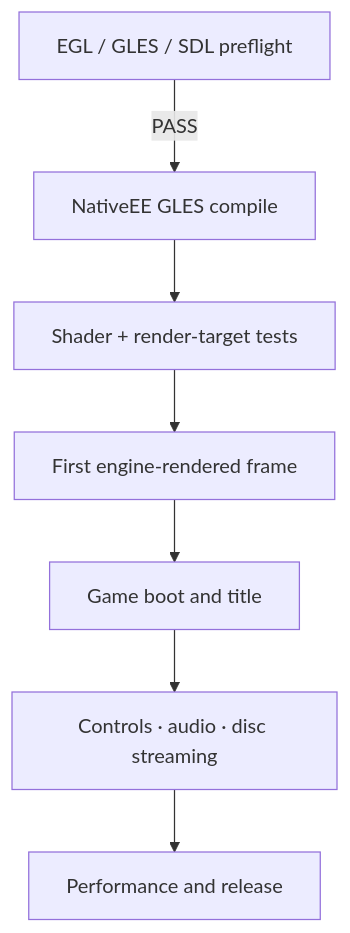
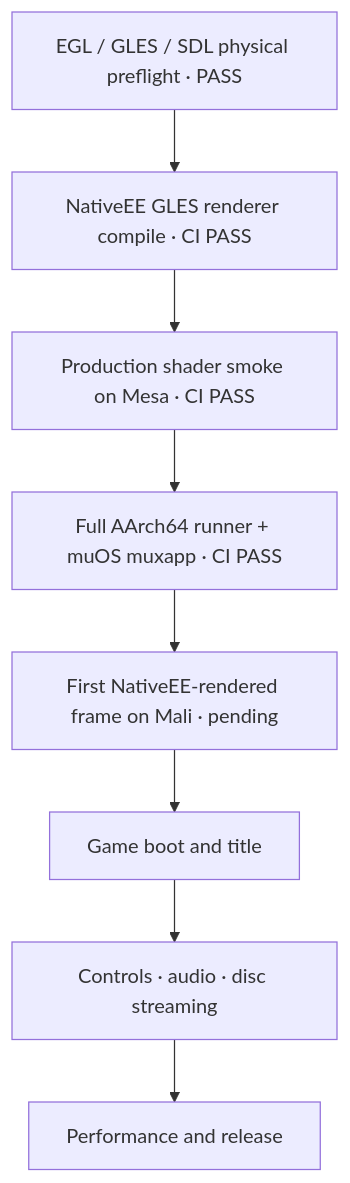
One commit to SilverCrow2323/Twinsanity-Rintromped-H700-Edition changed the diagram in wiki-source/H700-port-status.md. Above: the diagram before and after it, drawn with Mermaid. The commit also changed other lines of this file, not shown here.

Commit message:
docs(wiki): distinguish CI package from physical gameplay validation

```diff
--- a/wiki-source/H700-port-status.md
+++ b/wiki-source/H700-port-status.md
@@ -50,9 +48,10 @@
 ~~~mermaid
 flowchart TD
-    A["EGL / GLES / SDL preflight"] -->|PASS| B["NativeEE GLES compile"]
-    B --> C["Shader + render-target tests"]
-    C --> D["First engine-rendered frame"]
-    D --> E["Game boot and title"]
-    E --> F["Controls · audio · disc streaming"]
-    F --> G["Performance and release"]
+    A["EGL / GLES / SDL physical preflight · PASS"] --> B["NativeEE GLES renderer compile · CI PASS"]
+    B --> C["Production shader smoke on Mesa · CI PASS"]
+    C --> D["Full AArch64 runner + muOS muxapp · CI PASS"]
+    D --> E["First NativeEE-rendered frame on Mali · pending"]
+    E --> F["Game boot and title"]
+    F --> G["Controls · audio · disc streaming"]
+    G --> H["Performance and release"]
 ~~~
```
